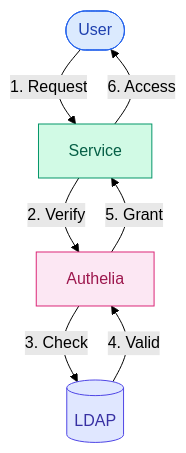
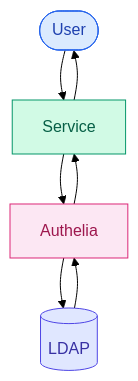
Before and after one commit to Mykyta-Home-Server/homeserver: the third of 4 diagrams in docs-site/src/content/docs/guides/ldap.mdx, drawn with Mermaid (forest theme). The commit also changed other lines of this file and 2 other files, not shown here.

First line of the commit message:
Fix diagram labels: remove cutoff text, use short clear labels

````diff
--- a/docs-site/src/content/docs/guides/ldap.mdx
+++ b/docs-site/src/content/docs/guides/ldap.mdx
@@ -146,25 +146,25 @@
 ```mermaid
 flowchart TB
     User([User])
     Service[Service]
 
     Authelia[Authelia]
     LDAP[(LDAP)]
 
-    User -->|1. Request| Service
-    Service -->|2. Verify| Authelia
-    Authelia -->|3. Check| LDAP
-    LDAP -->|4. Valid| Authelia
-    Authelia -->|5. Grant| Service
-    Service -->|6. Access| User
+    User --> Service
+    Service --> Authelia
+    Authelia --> LDAP
+    LDAP --> Authelia
+    Authelia --> Service
+    Service --> User
 
     classDef user fill:#dbeafe,stroke:#2563eb,color:#1e40af
     classDef svc fill:#d1fae5,stroke:#059669,color:#065f46
     classDef auth fill:#fce7f3,stroke:#db2777,color:#9d174d
     classDef ldap fill:#e0e7ff,stroke:#4f46e5,color:#3730a3
 
     class User user
     class Service svc
     class Authelia auth
     class LDAP ldap
 ```
````
